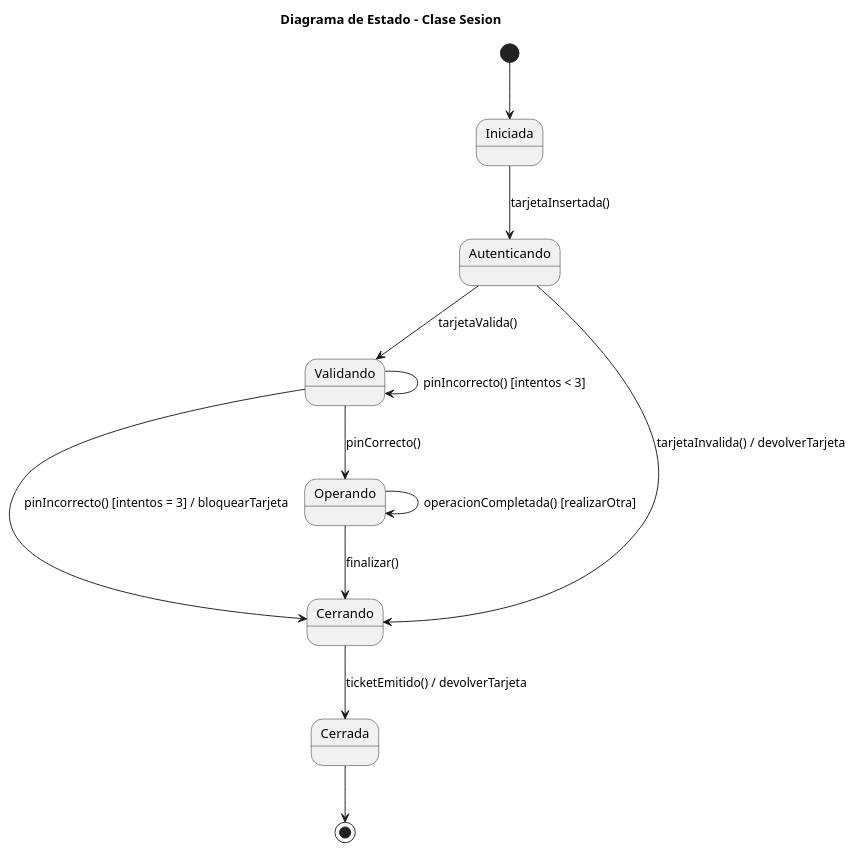
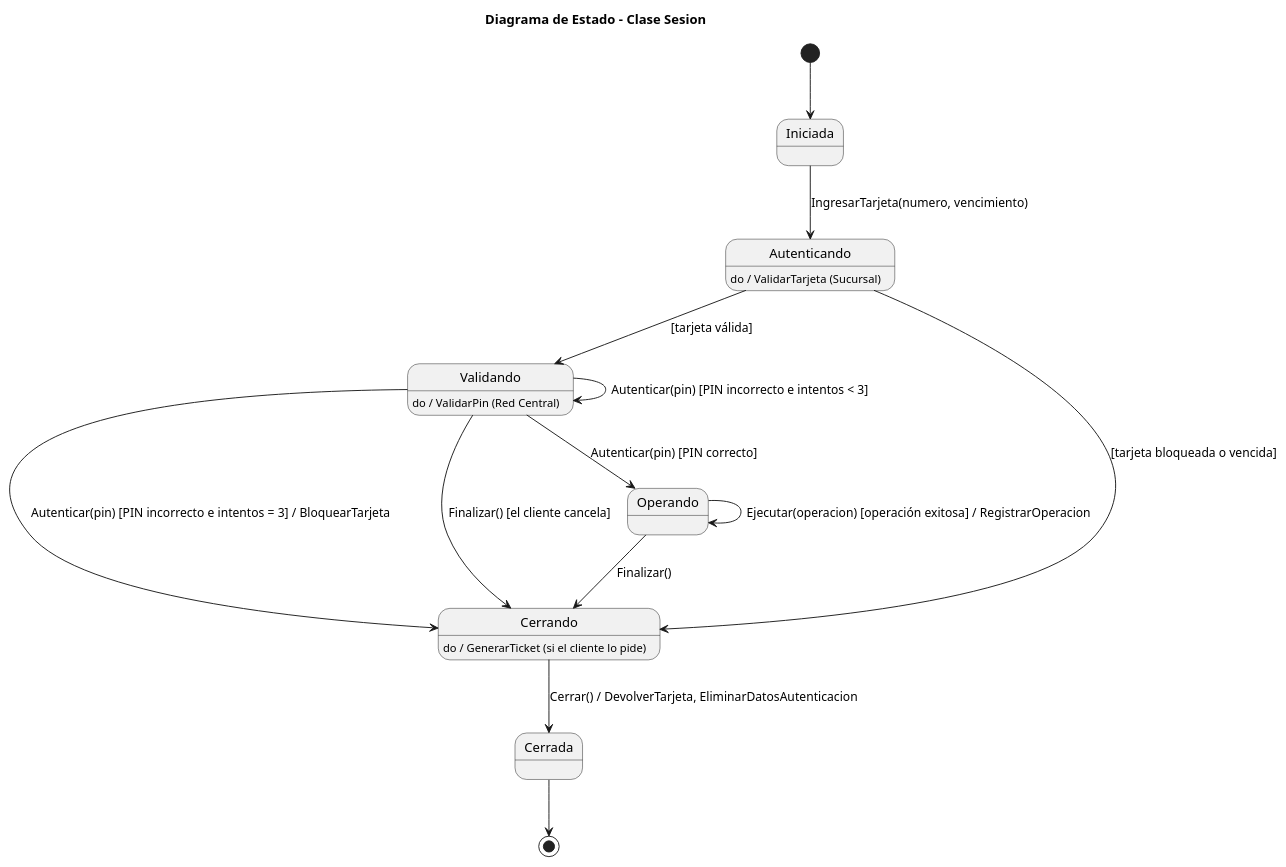
The diagram in diseno-e-implementacion-de-sistemas/diagrams/07_estado_sesion.puml (4l3j0Ok/institute-third-year), drawn with PlantUML before and after one commit. The commit also changed 86 other files, not shown here.

```diff
--- a/diseno-e-implementacion-de-sistemas/diagrams/07_estado_sesion.puml
+++ b/diseno-e-implementacion-de-sistemas/diagrams/07_estado_sesion.puml
@@ -1,16 +1,21 @@
 @startuml 07_estado_sesion
 title Diagrama de Estado - Clase Sesion
 skinparam shadowing false
 
+state Autenticando : do / ValidarTarjeta (Sucursal)
+state Validando : do / ValidarPin (Red Central)
+state Cerrando : do / GenerarTicket (si el cliente lo pide)
+
 [*] --> Iniciada
-Iniciada --> Autenticando : tarjetaInsertada()
-Autenticando --> Validando : tarjetaValida()
-Autenticando --> Cerrando : tarjetaInvalida() / devolverTarjeta
-Validando --> Operando : pinCorrecto()
-Validando --> Validando : pinIncorrecto() [intentos < 3]
-Validando --> Cerrando : pinIncorrecto() [intentos = 3] / bloquearTarjeta
-Operando --> Operando : operacionCompletada() [realizarOtra]
-Operando --> Cerrando : finalizar()
-Cerrando --> Cerrada : ticketEmitido() / devolverTarjeta
+Iniciada --> Autenticando : IngresarTarjeta(numero, vencimiento)
+Autenticando --> Validando : [tarjeta válida]
+Autenticando --> Cerrando : [tarjeta bloqueada o vencida]
+Validando --> Operando : Autenticar(pin) [PIN correcto]
+Validando --> Validando : Autenticar(pin) [PIN incorrecto e intentos < 3]
+Validando --> Cerrando : Autenticar(pin) [PIN incorrecto e intentos = 3] / BloquearTarjeta
+Validando --> Cerrando : Finalizar() [el cliente cancela]
+Operando --> Operando : Ejecutar(operacion) [operación exitosa] / RegistrarOperacion
+Operando --> Cerrando : Finalizar()
+Cerrando --> Cerrada : Cerrar() / DevolverTarjeta, EliminarDatosAutenticacion
 Cerrada --> [*]
 @enduml
```
